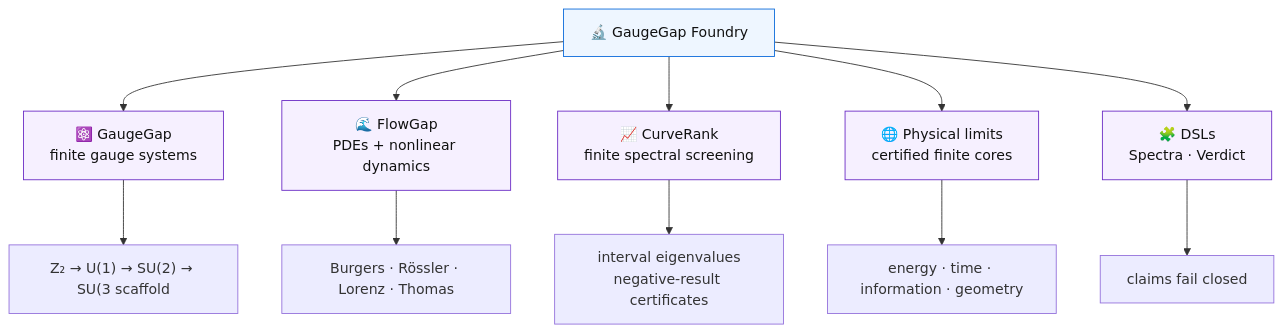
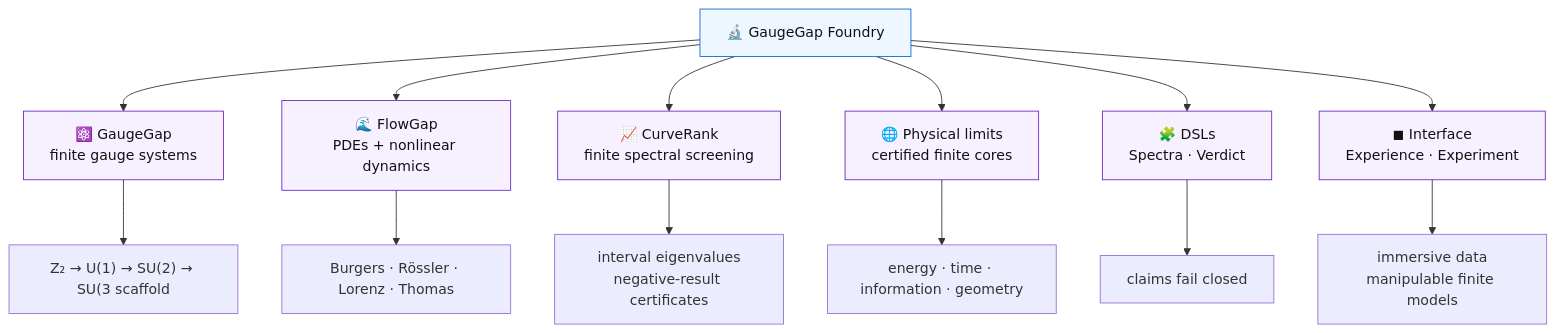
One commit to XioAISolutions/gaugegap-foundry changed the first of 7 diagrams in README.md. Above: the diagram before and after it, drawn with Mermaid. The commit also changed other lines of this file, not shown here.

Commit message:
docs: surface the Experience / Experiment interface

````diff
--- a/README.md
+++ b/README.md
@@ -46,20 +47,22 @@
 ```mermaid
 flowchart TD
     F["🔬 GaugeGap Foundry"]
     F --> G["⚛️ GaugeGap<br/>finite gauge systems"]
     F --> FL["🌊 FlowGap<br/>PDEs + nonlinear dynamics"]
     F --> C["📈 CurveRank<br/>finite spectral screening"]
     F --> P["🌐 Physical limits<br/>certified finite cores"]
     F --> D["🧩 DSLs<br/>Spectra · Verdict"]
+    F --> I["◼ Interface<br/>Experience · Experiment"]
 
     G --> G1["Z₂ → U(1) → SU(2) → SU(3 scaffold"]
     FL --> FL1["Burgers · Rössler · Lorenz · Thomas"]
     C --> C1["interval eigenvalues<br/>negative-result certificates"]
     P --> P1["energy · time · information · geometry"]
     D --> D1["claims fail closed"]
+    I --> I1["immersive data<br/>manipulable finite models"]
 
     classDef main fill:#eef6ff,stroke:#0969da,color:#111;
     classDef edge fill:#f6f0ff,stroke:#6929c4,color:#111;
     class F main;
-    class G,FL,C,P,D edge;
+    class G,FL,C,P,D,I edge;
 ```
````
